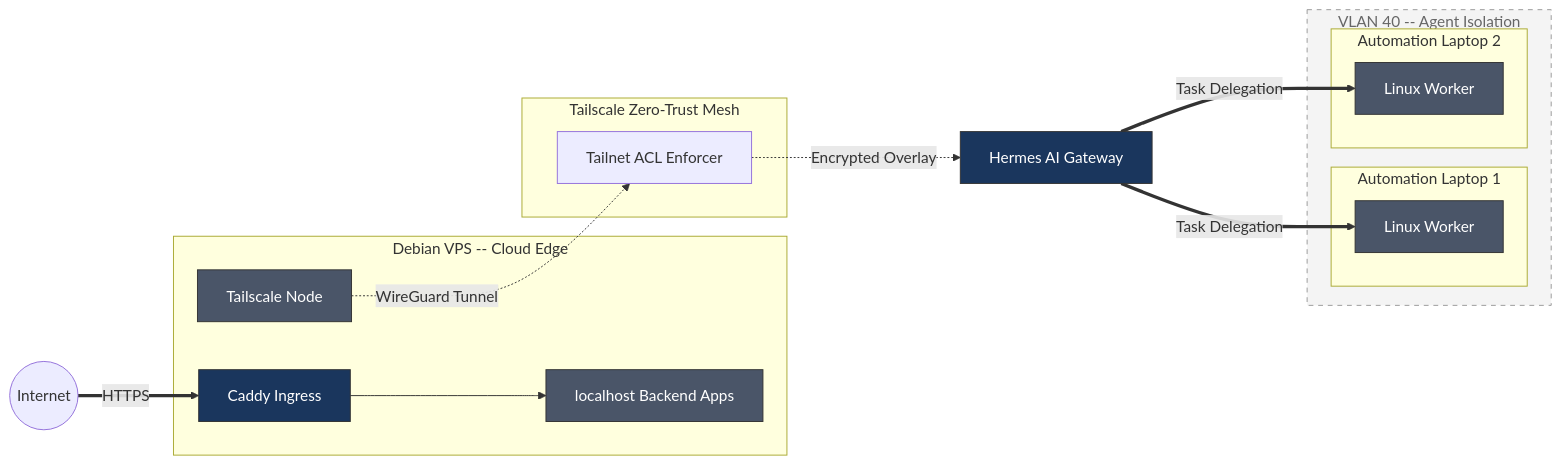
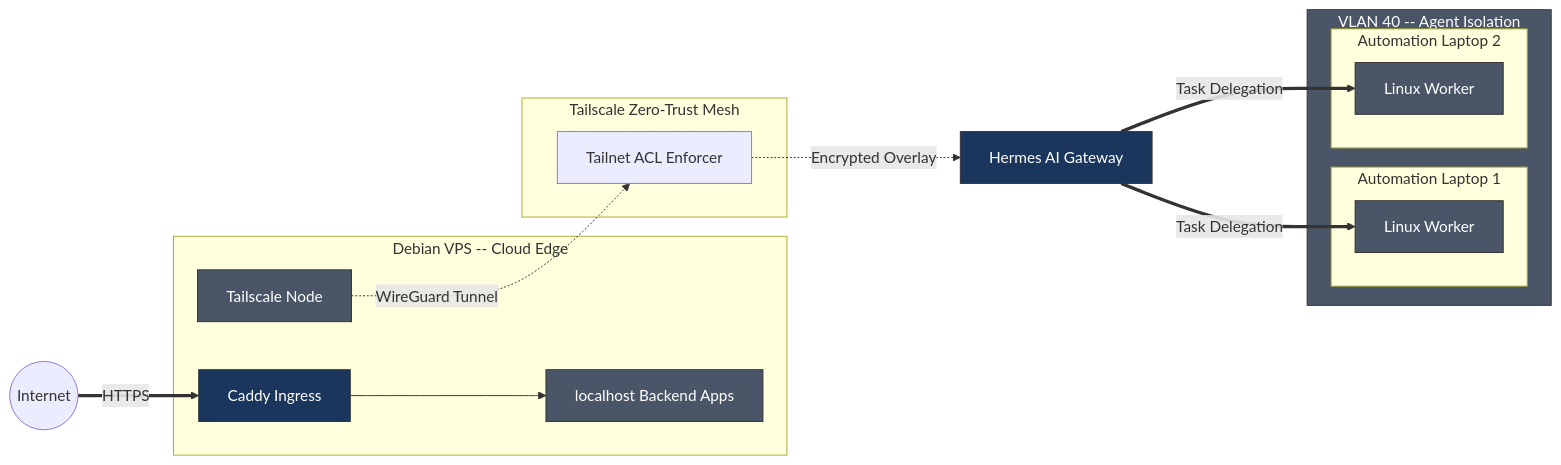
Before and after one commit to RealAngryCherub/cloud-edge-automation: the diagram in README.md, drawn with Mermaid. The commit also changed 2 other files, not shown here.

Commit message:
docs: finalize 8-zone architecture — remove Staged/Reserved framing, all zones operational, sync Mermaid + PDFs

````diff
--- a/README.md
+++ b/README.md
@@ -12,37 +12,35 @@
 ```mermaid
 flowchart LR
 PUB((Internet))
 
 subgraph VPS["Debian VPS -- Cloud Edge"]
     CDY[Caddy Ingress]
     SRV[localhost Backend Apps]
     TS1[Tailscale Node]
 end
 
 subgraph MESH["Tailscale Zero-Trust Mesh"]
     ACL[Tailnet ACL Enforcer]
 end
 
 subgraph VLAN40["VLAN 40 -- Agent Isolation"]
     subgraph LAP1["Automation Laptop 1"]
         WKR1[Linux Worker]
     end
     subgraph LAP2["Automation Laptop 2"]
         WKR2[Linux Worker]
     end
 end
 
 HERMES[Hermes AI Gateway]
 
 PUB ==>|HTTPS| CDY --> SRV
 TS1 -.->|WireGuard Tunnel| ACL
 ACL -.->|Encrypted Overlay| HERMES
 HERMES ==>|Task Delegation| WKR1 & WKR2
 
 classDef gateway fill:#1A365D,color:#fff,stroke:#333;
 classDef compute fill:#4A5568,color:#fff,stroke:#333;
-classDef staged fill:#f4f4f4,color:#666,stroke:#999,stroke-dasharray:5 5;
 class CDY,HERMES gateway;
-class SRV,WKR1,WKR2,TS1 compute;
-class VLAN40 staged;
+class SRV,TS1,WKR1,WKR2,VLAN40 compute;
 ```
````
